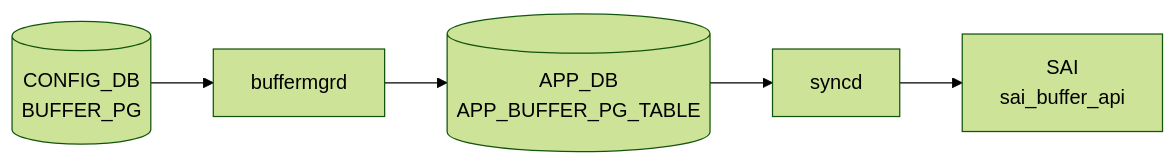
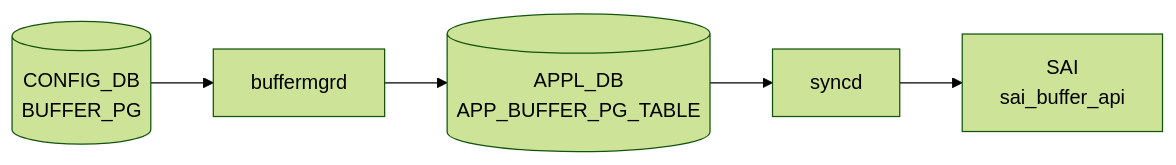
The diagram in docs/reference/config-db/buffer-pg.md (aoki-taquan/sonic-unofficial-docs), drawn with Mermaid (forest theme) before and after one commit. The commit also changed 91 other files, not shown here.

First line of the commit message:
fix(review-067): APP_DB→APPL_DB in mermaid labels; exclude APPL_DB pages from auto-gen

````diff
--- a/docs/reference/config-db/buffer-pg.md
+++ b/docs/reference/config-db/buffer-pg.md
@@ -31,12 +31,12 @@
 ```mermaid
 flowchart LR
   CDB[("CONFIG_DB<br/>BUFFER_PG")]
   DM["buffermgrd"]
   CDB --> DM
-  APPDB[("APP_DB<br/>APP_BUFFER_PG_TABLE")]
+  APPDB[("APPL_DB<br/>APP_BUFFER_PG_TABLE")]
   DM --> APPDB
   SYNCD["syncd"]
   APPDB --> SYNCD
   SAI["SAI<br/>sai_buffer_api"]
   SYNCD --> SAI
 ```
````
